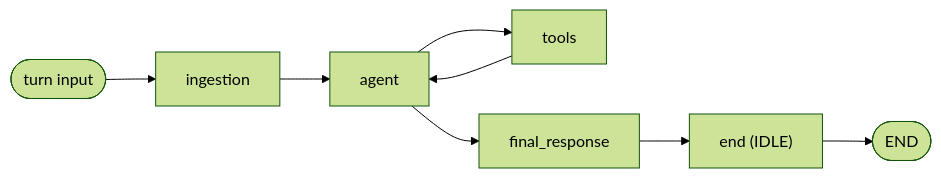
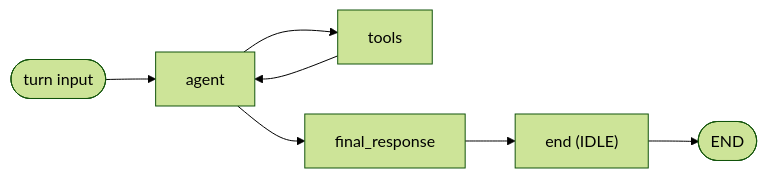
Before and after one commit to movax01h/ai-gateway: the diagram in docs/flow_registry/chat_engine.md, drawn with Mermaid (forest theme). The commit also changed other lines of this file and 9 other files, not shown here.

````diff
--- a/docs/flow_registry/chat_engine.md
+++ b/docs/flow_registry/chat_engine.md
@@ -79,10 +79,9 @@
 ```mermaid
 flowchart LR
-    input([turn input]) --> ingestion
-    ingestion --> agent
+    input([turn input]) --> agent
     agent --> tools
     tools --> agent
     agent --> final_response
     final_response --> boundary["end (IDLE)"]
     boundary --> fin([END])
 ```
````
